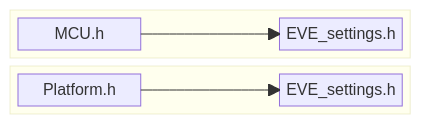
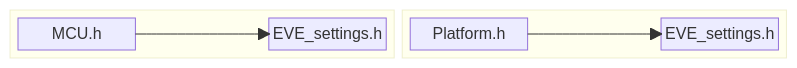
One commit to Bridgetek/Eve-MCU-Dev changed the seventh of 11 diagrams in README.md. Above: the diagram before and after it, drawn with Mermaid. The commit also changed other lines of this file, not shown here.

Commit message:
update table of contents

````diff
--- a/README.md
+++ b/README.md
@@ -401,19 +403,19 @@
 ```mermaid
 block
-  columns 3
+  columns 2
 
-  block:MCU_SIDE[" "]:3
+  block:MCU_SIDE[" "]:1
     columns 3
 
     A1["MCU.h"] space B1["EVE_settings.h"]
 
     A1 --> B1
   end
-  block:PLATFORM_SIDE[" "]:3
+  block:PLATFORM_SIDE[" "]:1
     columns 3
 
     A2["Platform.h"] space B2["EVE_settings.h"]
 
     A2 --> B2
   end
 ```
````
